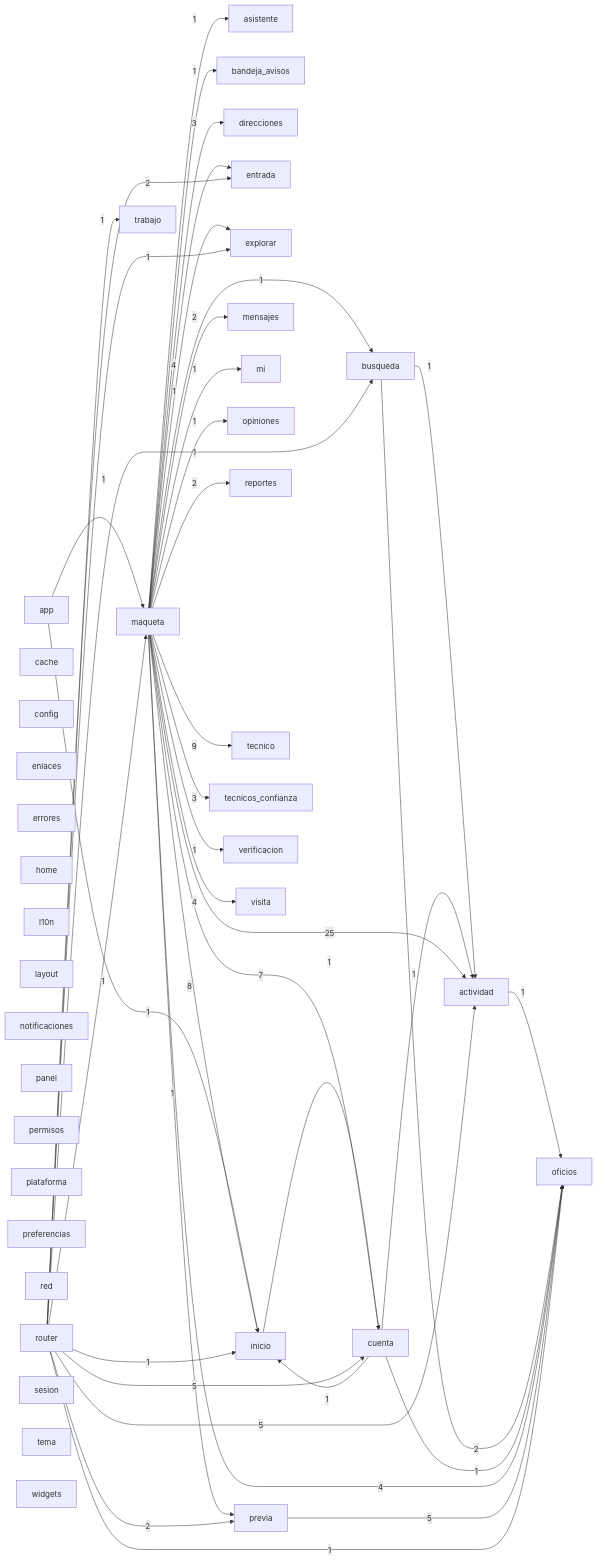
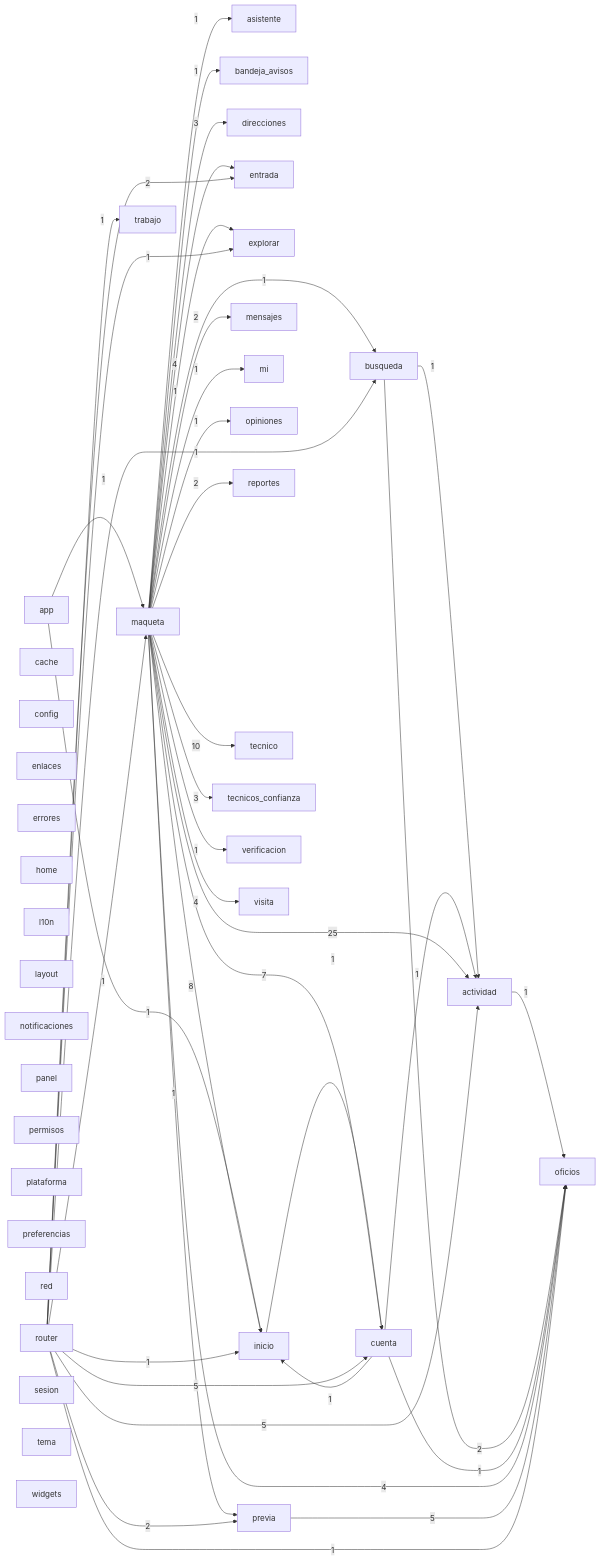
One commit to Tensei-Devs/knock-frontend changed the diagram in docs/architecture/modules.mmd. Above: the diagram before and after it, drawn with Mermaid. The commit also changed 17 other files, not shown here.

```diff
--- a/docs/architecture/modules.mmd
+++ b/docs/architecture/modules.mmd
@@ -1,79 +1,79 @@
 graph LR
   actividad["actividad"]
   app["app"]
   asistente["asistente"]
   bandeja_avisos["bandeja_avisos"]
   busqueda["busqueda"]
   cache["cache"]
   config["config"]
   cuenta["cuenta"]
   direcciones["direcciones"]
   enlaces["enlaces"]
   entrada["entrada"]
   errores["errores"]
   explorar["explorar"]
   home["home"]
   inicio["inicio"]
   l10n["l10n"]
   layout["layout"]
   maqueta["maqueta"]
   mensajes["mensajes"]
   mi["mi"]
   notificaciones["notificaciones"]
   oficios["oficios"]
   opiniones["opiniones"]
   panel["panel"]
   permisos["permisos"]
   plataforma["plataforma"]
   preferencias["preferencias"]
   previa["previa"]
   red["red"]
   reportes["reportes"]
   router["router"]
   sesion["sesion"]
   tecnico["tecnico"]
   tecnicos_confianza["tecnicos_confianza"]
   tema["tema"]
   trabajo["trabajo"]
   verificacion["verificacion"]
   visita["visita"]
   widgets["widgets"]
   actividad -->|1| oficios
   app -->|1| inicio
   app -->|1| maqueta
   busqueda -->|1| actividad
   busqueda -->|2| oficios
   cuenta -->|1| actividad
   cuenta -->|1| inicio
   cuenta -->|1| oficios
   inicio -->|1| cuenta
   maqueta -->|25| actividad
   maqueta -->|1| asistente
   maqueta -->|1| bandeja_avisos
   maqueta -->|1| busqueda
   maqueta -->|7| cuenta
   maqueta -->|3| direcciones
   maqueta -->|4| entrada
   maqueta -->|1| explorar
   maqueta -->|8| inicio
   maqueta -->|2| mensajes
   maqueta -->|1| mi
   maqueta -->|4| oficios
   maqueta -->|1| opiniones
   maqueta -->|1| previa
   maqueta -->|2| reportes
-  maqueta -->|9| tecnico
+  maqueta -->|10| tecnico
   maqueta -->|3| tecnicos_confianza
   maqueta -->|1| verificacion
   maqueta -->|4| visita
   previa -->|5| oficios
   router -->|5| actividad
   router -->|1| busqueda
   router -->|5| cuenta
   router -->|2| entrada
   router -->|1| explorar
   router -->|1| inicio
   router -->|1| maqueta
   router -->|1| oficios
   router -->|2| previa
   router -->|1| trabajo
```
